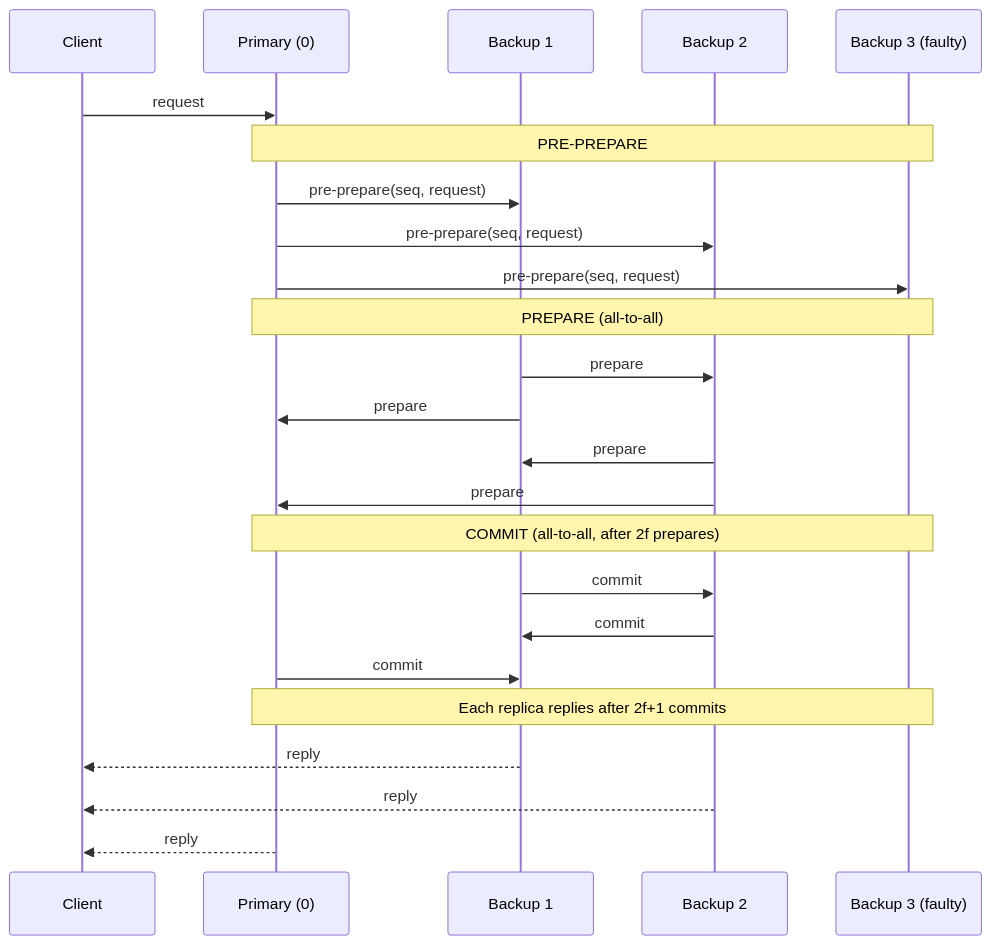
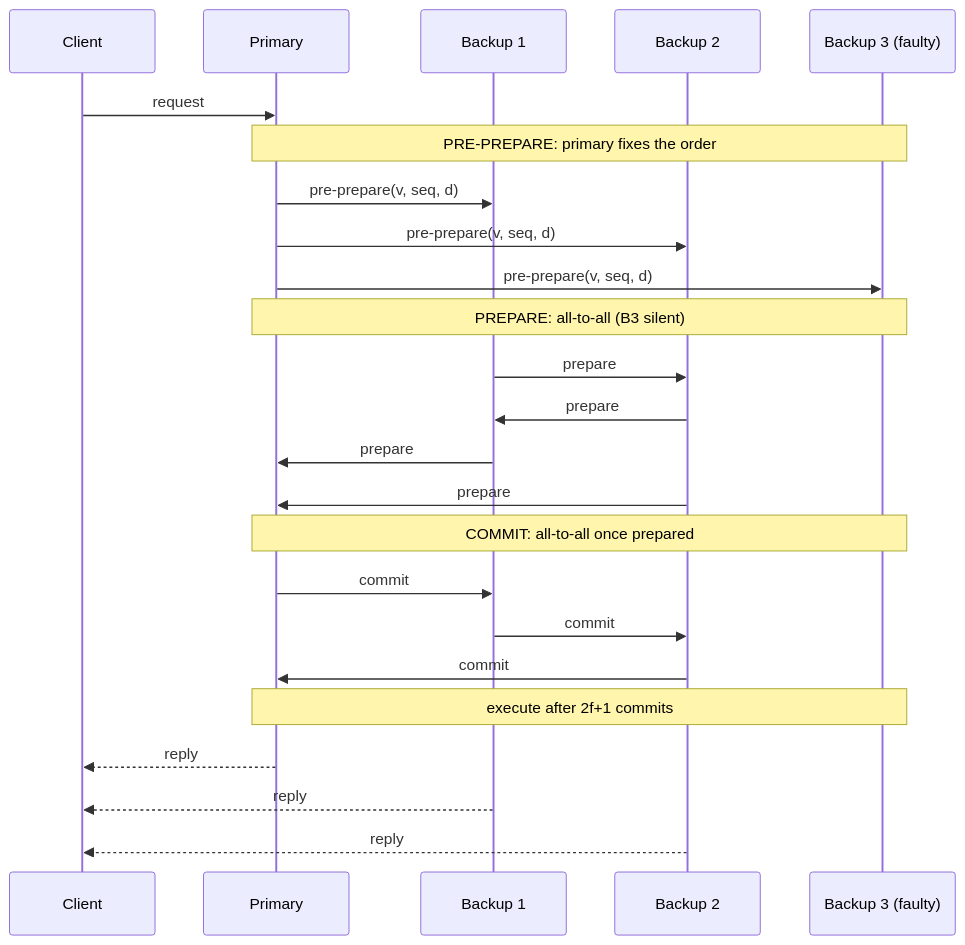
The sixth of 7 diagrams in github-pages/docs/distributed-systems/consensus-and-coordination.md (AndrewAltimit/Documentation), drawn with Mermaid before and after one commit. The commit also changed other lines of this file and 240 other files, not shown here.

````diff
--- a/github-pages/docs/distributed-systems/consensus-and-coordination.md
+++ b/github-pages/docs/distributed-systems/consensus-and-coordination.md
@@ -331,26 +357,26 @@
 ```mermaid
 sequenceDiagram
     participant C as Client
-    participant P as Primary (0)
+    participant P as Primary
     participant B1 as Backup 1
     participant B2 as Backup 2
     participant B3 as Backup 3 (faulty)
     C->>P: request
-    Note over P,B3: PRE-PREPARE
-    P->>B1: pre-prepare(seq, request)
-    P->>B2: pre-prepare(seq, request)
-    P->>B3: pre-prepare(seq, request)
-    Note over P,B3: PREPARE (all-to-all)
+    Note over P,B3: PRE-PREPARE: primary fixes the order
+    P->>B1: pre-prepare(v, seq, d)
+    P->>B2: pre-prepare(v, seq, d)
+    P->>B3: pre-prepare(v, seq, d)
+    Note over P,B3: PREPARE: all-to-all (B3 silent)
     B1->>B2: prepare
+    B2->>B1: prepare
     B1->>P: prepare
-    B2->>B1: prepare
     B2->>P: prepare
-    Note over P,B3: COMMIT (all-to-all, after 2f prepares)
+    Note over P,B3: COMMIT: all-to-all once prepared
+    P->>B1: commit
     B1->>B2: commit
-    B2->>B1: commit
-    P->>B1: commit
-    Note over P,B3: Each replica replies after 2f+1 commits
+    B2->>P: commit
+    Note over P,B3: execute after 2f+1 commits
+    P-->>C: reply
     B1-->>C: reply
     B2-->>C: reply
-    P-->>C: reply
 ```
````
